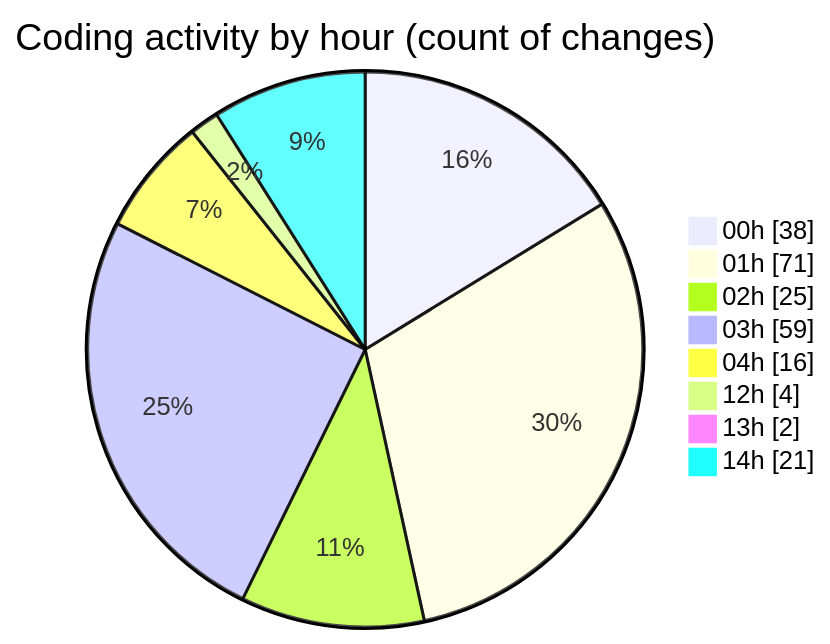
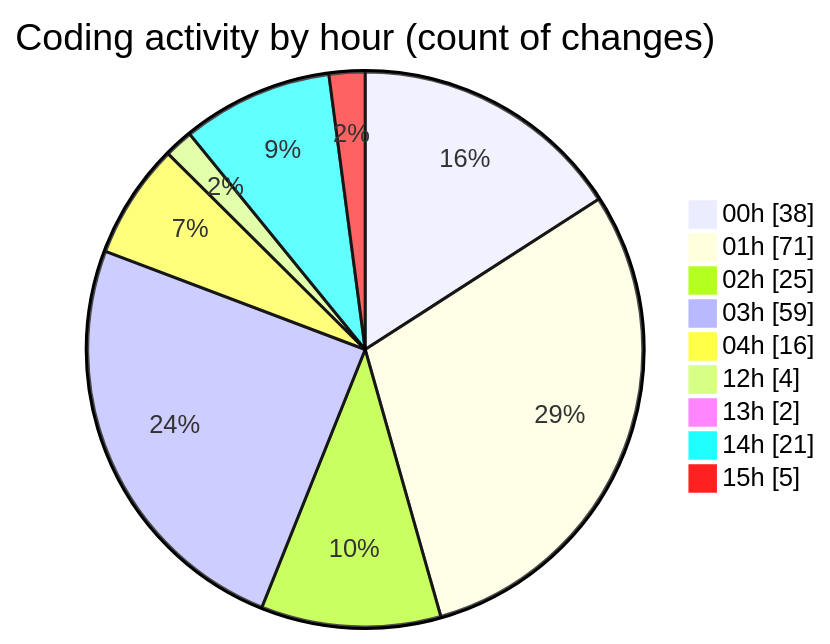
The second of 2 diagrams in 2025-07-27/quanlyrapchieuphim-1/README.md (lephambinh05/code-tracking), drawn with Mermaid before and after one commit. The commit also changed other lines of this file and 1 other file, not shown here.

````diff
--- a/2025-07-27/quanlyrapchieuphim-1/README.md
+++ b/2025-07-27/quanlyrapchieuphim-1/README.md
@@ -87,12 +89,13 @@
 ```mermaid
 pie showData
 title Coding activity by hour (count of changes)
 "00h" : 38
 "01h" : 71
 "02h" : 25
 "03h" : 59
 "04h" : 16
 "12h" : 4
 "13h" : 2
 "14h" : 21
+"15h" : 5
 ```
````
